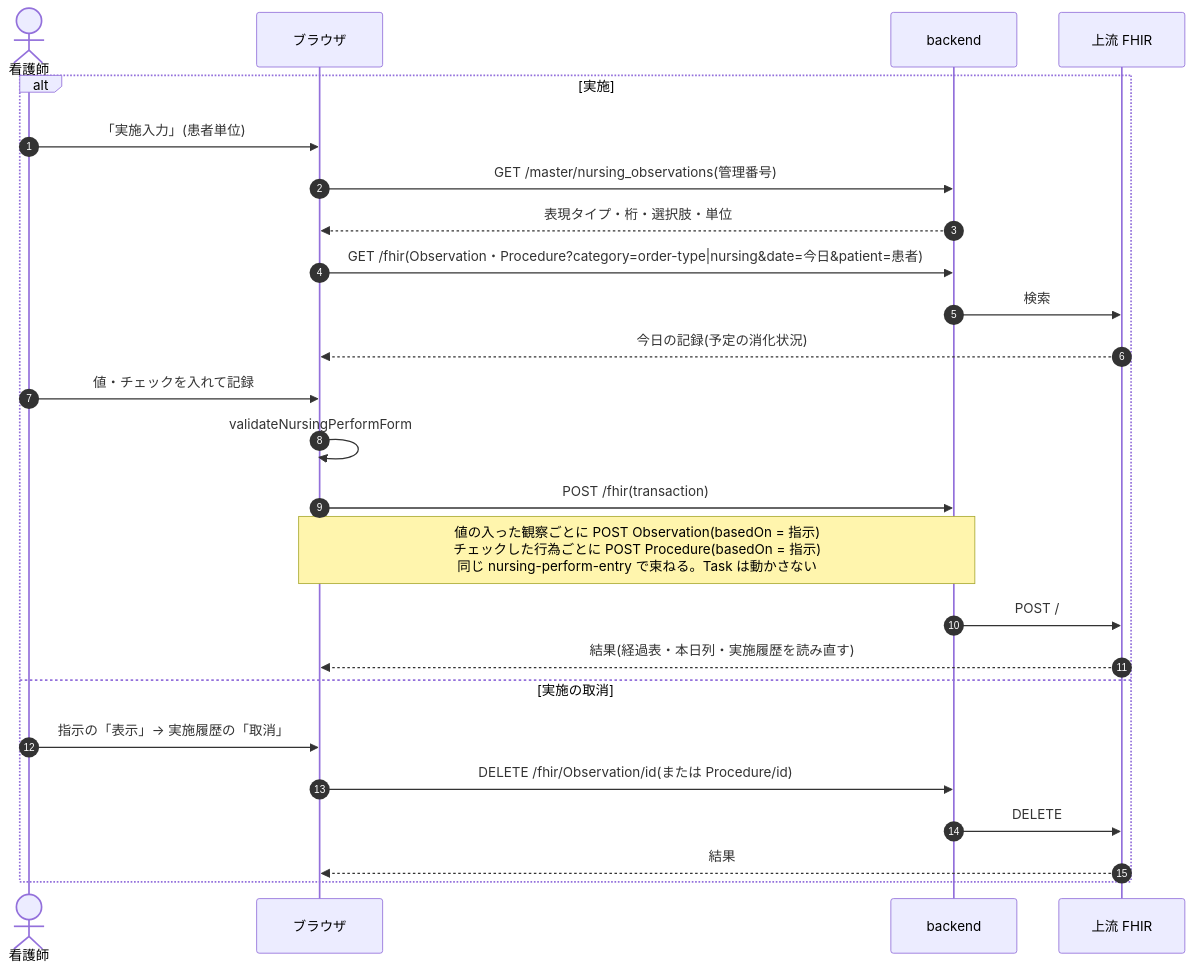
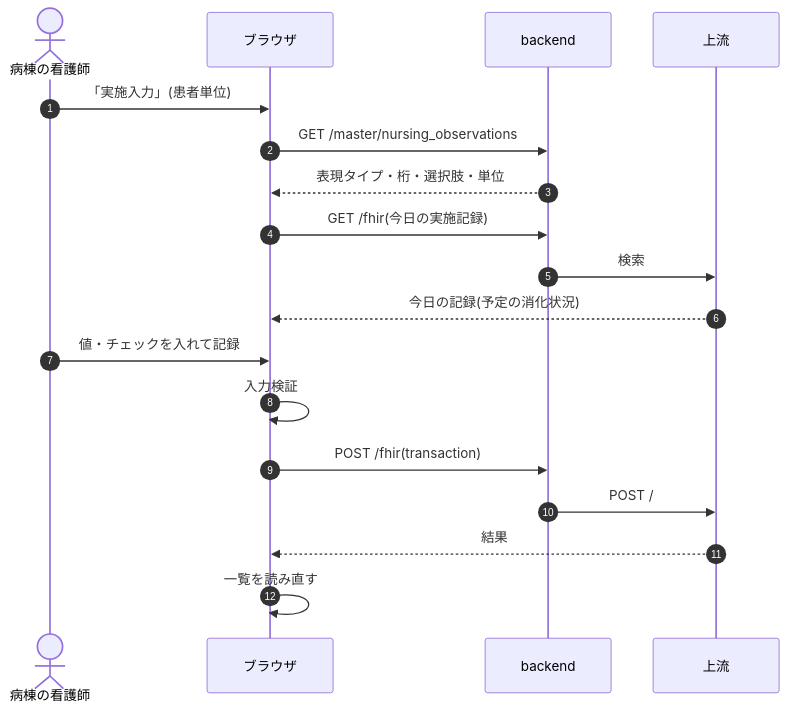
One commit to ysnr-dev/fhir-client-docs changed the sixth of 10 diagrams in docs/dev/nursing.md. Above: the diagram before and after it, drawn with Mermaid. The commit also changed other lines of this file and 43 other files, not shown here.

Commit message:
docs: 業務フローとシーケンス図を写し直し

````diff
--- a/docs/dev/nursing.md
+++ b/docs/dev/nursing.md
@@ -129,28 +264,21 @@
 ```mermaid
 sequenceDiagram
   autonumber
-  actor Ns as 看護師
+  actor Ns as 病棟の看護師
   participant UI as ブラウザ
   participant BE as backend
-  participant FHIR as 上流 FHIR
+  participant FHIR as 上流
 
-  alt 実施
-    Ns->>UI: 「実施入力」(患者単位)
-    UI->>BE: GET /master/nursing_observations(管理番号)
-    BE-->>UI: 表現タイプ・桁・選択肢・単位
-    UI->>BE: GET /fhir(Observation・Procedure?category=order-type|nursing&date=今日&patient=患者)
-    BE->>FHIR: 検索
-    FHIR-->>UI: 今日の記録(予定の消化状況)
-    Ns->>UI: 値・チェックを入れて記録
-    UI->>UI: validateNursingPerformForm
-    UI->>BE: POST /fhir(transaction)
-    Note over UI,BE: 値の入った観察ごとに POST Observation(basedOn = 指示)<br/>チェックした行為ごとに POST Procedure(basedOn = 指示)<br/>同じ nursing-perform-entry で束ねる。Task は動かさない
-    BE->>FHIR: POST /
-    FHIR-->>UI: 結果(経過表・本日列・実施履歴を読み直す)
-  else 実施の取消
-    Ns->>UI: 指示の「表示」→ 実施履歴の「取消」
-    UI->>BE: DELETE /fhir/Observation/id(または Procedure/id)
-    BE->>FHIR: DELETE
-    FHIR-->>UI: 結果
-  end
+  Ns->>UI: 「実施入力」(患者単位)
+  UI->>BE: GET /master/nursing_observations
+  BE-->>UI: 表現タイプ・桁・選択肢・単位
+  UI->>BE: GET /fhir(今日の実施記録)
+  BE->>FHIR: 検索
+  FHIR-->>UI: 今日の記録(予定の消化状況)
+  Ns->>UI: 値・チェックを入れて記録
+  UI->>UI: 入力検証
+  UI->>BE: POST /fhir(transaction)
+  BE->>FHIR: POST /
+  FHIR-->>UI: 結果
+  UI->>UI: 一覧を読み直す
 ```
````
